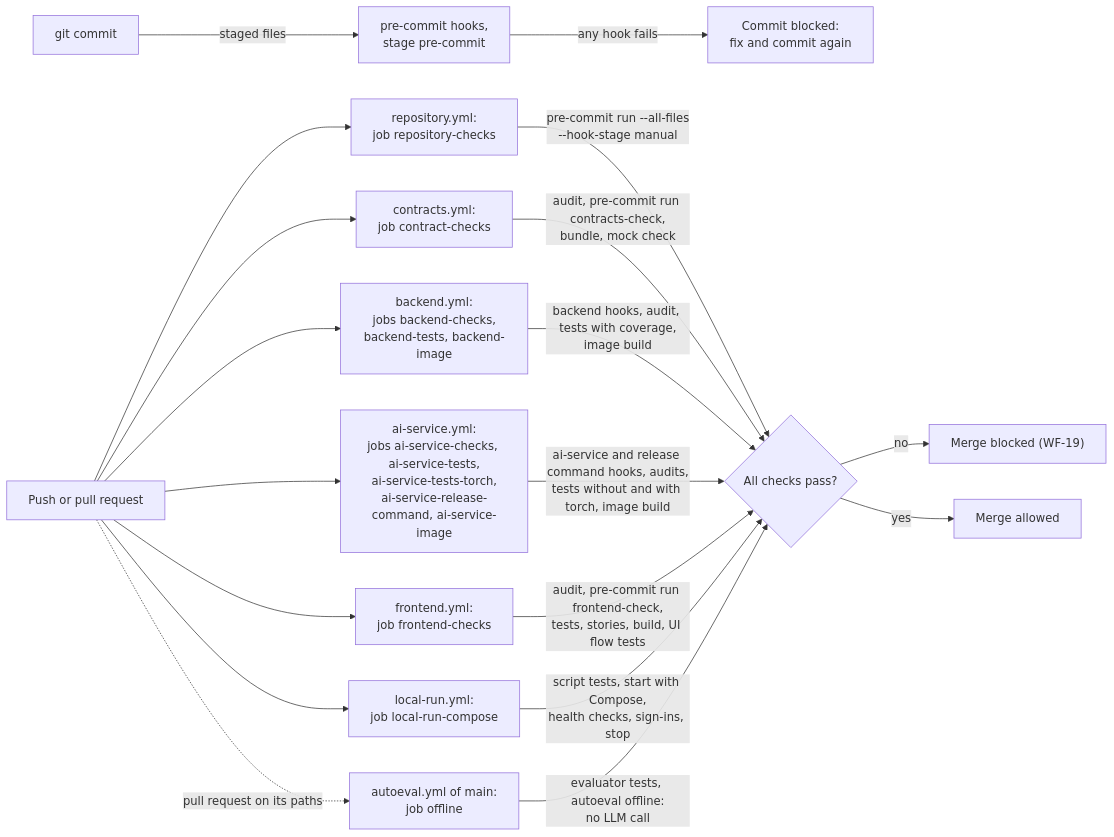
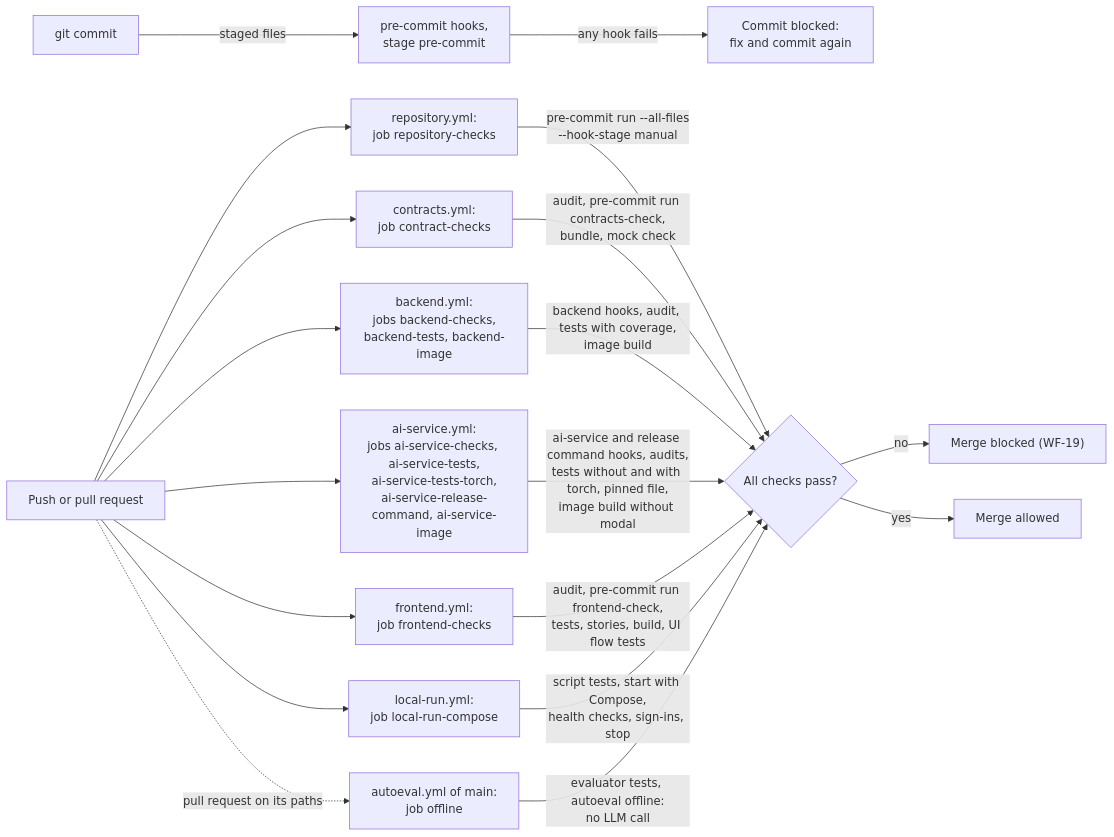
Before and after one commit to ml-system-design-nhom-5/SupportIQ: the first of 2 diagrams in docs/guides/repository-checks.md, drawn with Mermaid. The commit also changed other lines of this file and 10 other files, not shown here.

First line of the commit message:
docs(repo): document the release download and Modal deploy of ai-service

````diff
--- a/docs/guides/repository-checks.md
+++ b/docs/guides/repository-checks.md
@@ -11,21 +11,21 @@
 ```mermaid
 flowchart LR
     Commit["git commit"] -->|"staged files"| Hooks["pre-commit hooks,<br/>stage pre-commit"]
     Hooks -->|"any hook fails"| Blocked["Commit blocked:<br/>fix and commit again"]
     Push["Push or pull request"] --> Repo["repository.yml:<br/>job repository-checks"]
     Push --> Con["contracts.yml:<br/>job contract-checks"]
     Push --> Be["backend.yml:<br/>jobs backend-checks,<br/>backend-tests, backend-image"]
     Push --> Ai["ai-service.yml:<br/>jobs ai-service-checks, ai-service-tests,<br/>ai-service-tests-torch,<br/>ai-service-release-command, ai-service-image"]
     Push --> Fe["frontend.yml:<br/>job frontend-checks"]
     Push --> Lr["local-run.yml:<br/>job local-run-compose"]
     Push -.->|"pull request on its paths"| Ae["autoeval.yml of main:<br/>job offline"]
     Repo -->|"pre-commit run --all-files<br/>--hook-stage manual"| Result{"All checks pass?"}
     Con -->|"audit, pre-commit run contracts-check,<br/>bundle, mock check"| Result
     Be -->|"backend hooks, audit, tests with coverage,<br/>image build"| Result
-    Ai -->|"ai-service and release command hooks, audits,<br/>tests without and with torch, image build"| Result
+    Ai -->|"ai-service and release command hooks, audits,<br/>tests without and with torch, pinned file,<br/>image build without modal"| Result
     Fe -->|"audit, pre-commit run frontend-check,<br/>tests, stories, build, UI flow tests"| Result
     Lr -->|"script tests, start with Compose,<br/>health checks, sign-ins, stop"| Result
     Ae -->|"evaluator tests, autoeval offline:<br/>no LLM call"| Result
     Result -->|"no"| Red["Merge blocked (WF-19)"]
     Result -->|"yes"| Green["Merge allowed"]
 ```
````
